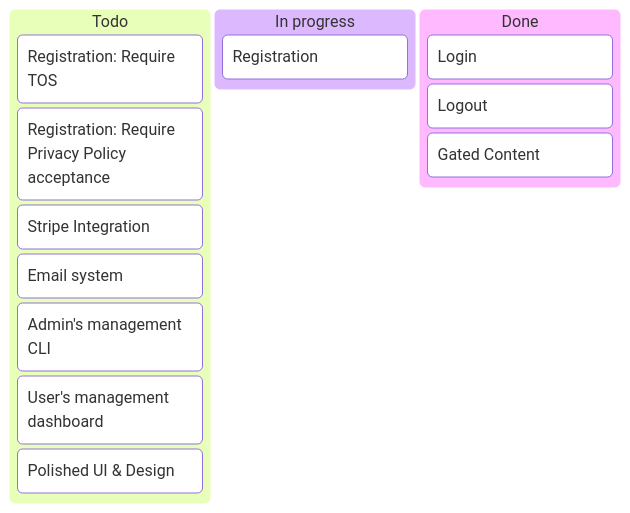
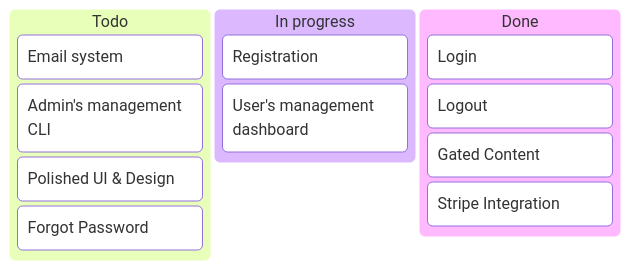
The diagram in content/docs/refactor.md (cheomanigua/bwa-docs), drawn with Mermaid before and after one commit. The commit also changed other lines of this file and 4 other files, not shown here.

````diff
--- a/content/docs/refactor.md
+++ b/content/docs/refactor.md
@@ -10,17 +10,16 @@
 ```mermaid
 kanban
   Todo
-    [Registration: Require TOS]
-    [Registration: Require Privacy Policy acceptance]
-    [Stripe Integration]
     [Email system]
     [Admin's management CLI]
+    [Polished UI & Design]
+    [Forgot Password]
+  [In progress]
+    [Registration]
     [User's management dashboard]
-    [Polished UI & Design]
-  [In progress]
-    id6[Registration]
-  id11[Done]
-    id5[Login]
-    id2[Logout]
-    id3[Gated Content]
+  [Done]
+    [Login]
+    [Logout]
+    [Gated Content]
+    [Stripe Integration]
 ```
````
